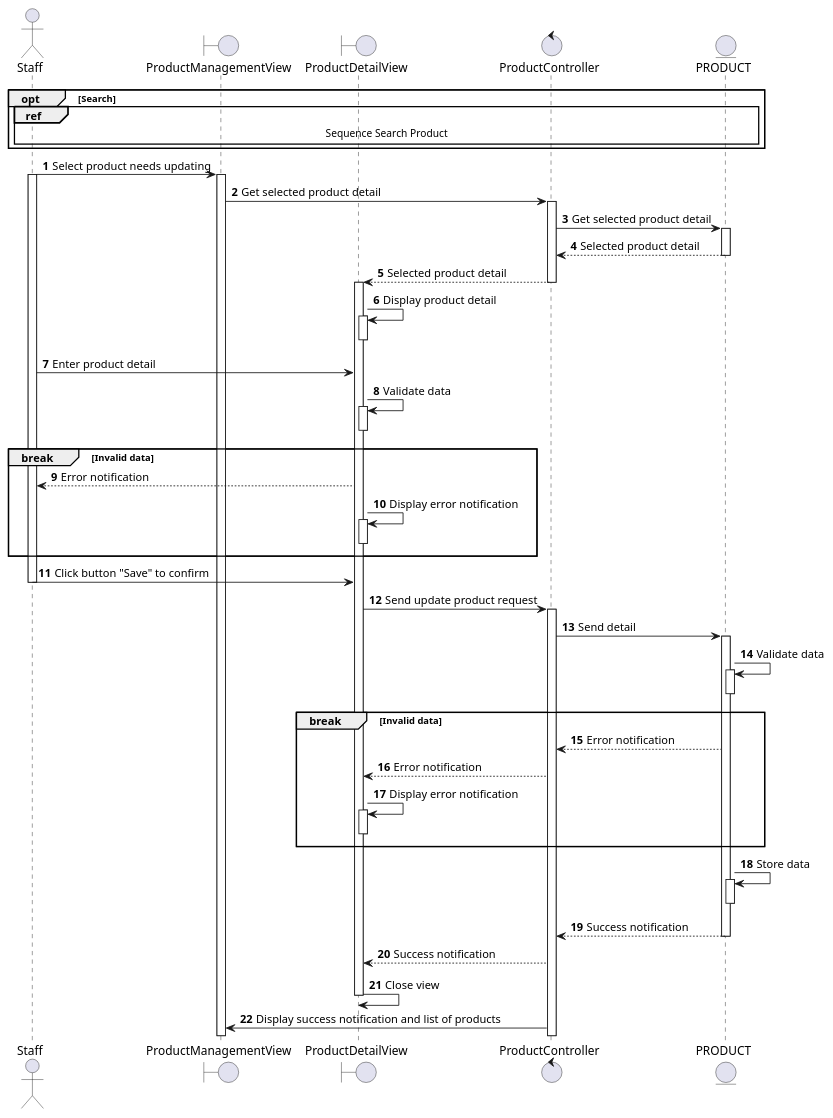
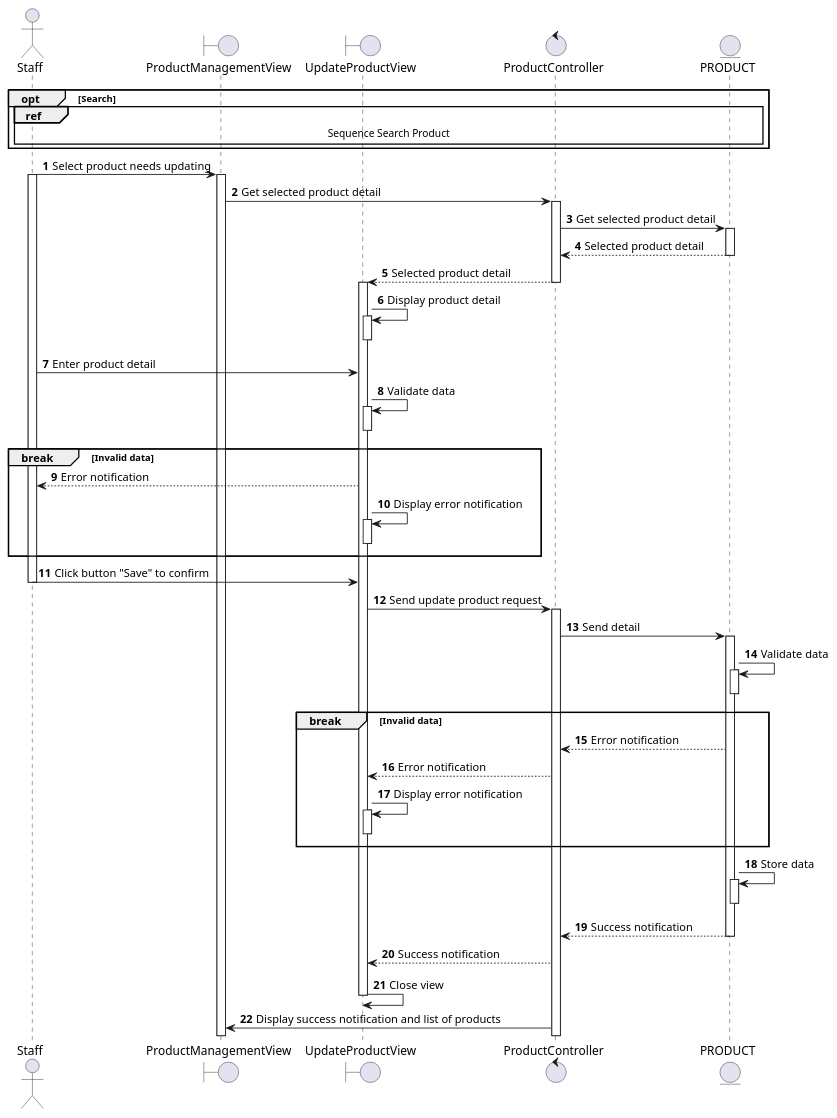
The diagram in docs/software-docs/sequence/manage-product/update-product.md (electricilies/electricilies.github.io), drawn with PlantUML before and after one commit. The commit also changed 4 other files, not shown here.

Commit message:
fix(manage-product): add product and update product view

````diff
--- a/docs/software-docs/sequence/manage-product/update-product.md
+++ b/docs/software-docs/sequence/manage-product/update-product.md
@@ -3,66 +3,66 @@
 ```plantuml
 @startuml
 autonumber
 
 actor Staff as S
 boundary ProductManagementView as PMV
-boundary ProductDetailView as PDV
+boundary UpdateProductView as UPV
 control ProductController as PC
 entity PRODUCT as P
 
 opt Search
   ref over S, P: Sequence Search Product
 end
 S -> PMV: Select product needs updating
 activate S
 activate PMV
 PMV -> PC: Get selected product detail
 activate PC
 PC -> P: Get selected product detail
 activate P
 PC <-- P: Selected product detail
 deactivate P
-PDV <-- PC: Selected product detail
+UPV <-- PC: Selected product detail
 deactivate PC
-activate PDV
-PDV -> PDV: Display product detail
-activate PDV
-deactivate PDV
-S -> PDV: Enter product detail
-PDV -> PDV: Validate data
-activate PDV
-deactivate PDV
+activate UPV
+UPV -> UPV: Display product detail
+activate UPV
+deactivate UPV
+S -> UPV: Enter product detail
+UPV -> UPV: Validate data
+activate UPV
+deactivate UPV
 break Invalid data
-  S <-- PDV: Error notification
-  PDV -> PDV: Display error notification
-  activate PDV
-  deactivate PDV
+  S <-- UPV: Error notification
+  UPV -> UPV: Display error notification
+  activate UPV
+  deactivate UPV
 end
-S -> PDV: Click button "Save" to confirm
+S -> UPV: Click button "Save" to confirm
 deactivate S
-PDV -> PC: Send update product request
+UPV -> PC: Send update product request
 activate PC
 PC -> P: Send detail
 activate P
 P -> P: Validate data
 activate P
 deactivate P
 break Invalid data
   PC <-- P: Error notification
-  PDV <-- PC: Error notification
-  PDV -> PDV: Display error notification
-  activate PDV
-  deactivate PDV
+  UPV <-- PC: Error notification
+  UPV -> UPV: Display error notification
+  activate UPV
+  deactivate UPV
 end
 P -> P: Store data
 activate P
 deactivate P
 PC <-- P: Success notification
 deactivate P
-PDV <-- PC: Success notification
-PDV -> PDV: Close view
-deactivate PDV
+UPV <-- PC: Success notification
+UPV -> UPV: Close view
+deactivate UPV
 PMV <- PC: Display success notification and list of products
 
 @enduml
 ```
````
